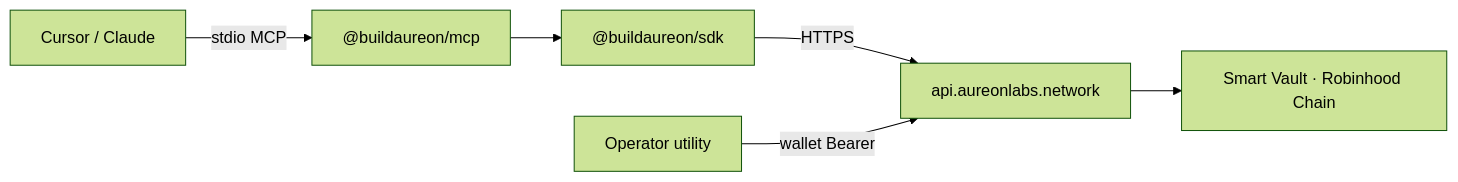
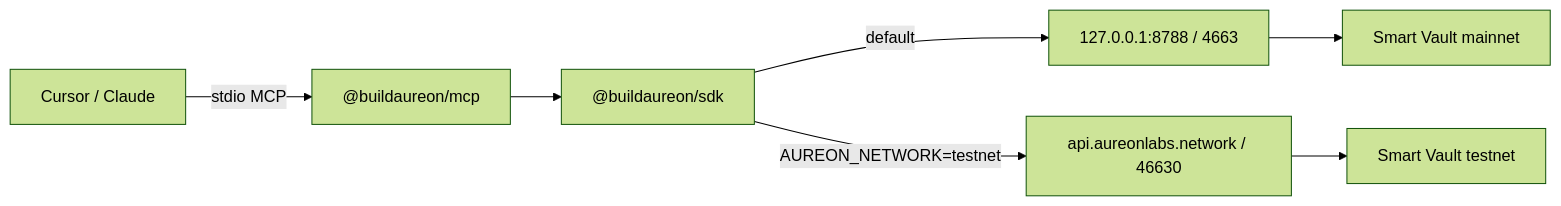
One commit to buildaureon/aureon-mcp changed the first of 2 diagrams in README.md. Above: the diagram before and after it, drawn with Mermaid (forest theme). The commit also changed other lines of this file, not shown here.

Commit message:
docs: document mainnet default and first-use restore

````diff
--- a/README.md
+++ b/README.md
@@ -111,8 +111,9 @@
 ```mermaid
 flowchart LR
   Agent[Cursor / Claude] -->|stdio MCP| MCP["@buildaureon/mcp"]
   MCP --> SDK["@buildaureon/sdk"]
-  SDK -->|HTTPS| API[api.aureonlabs.network]
-  Utility[Operator utility] -->|wallet Bearer| API
-  API --> Vault[Smart Vault · Robinhood Chain]
+  SDK -->|default| Main[127.0.0.1:8788 / 4663]
+  SDK -->|AUREON_NETWORK=testnet| Test[api.aureonlabs.network / 46630]
+  Main --> VaultMN[Smart Vault mainnet]
+  Test --> VaultTN[Smart Vault testnet]
 ```
````
